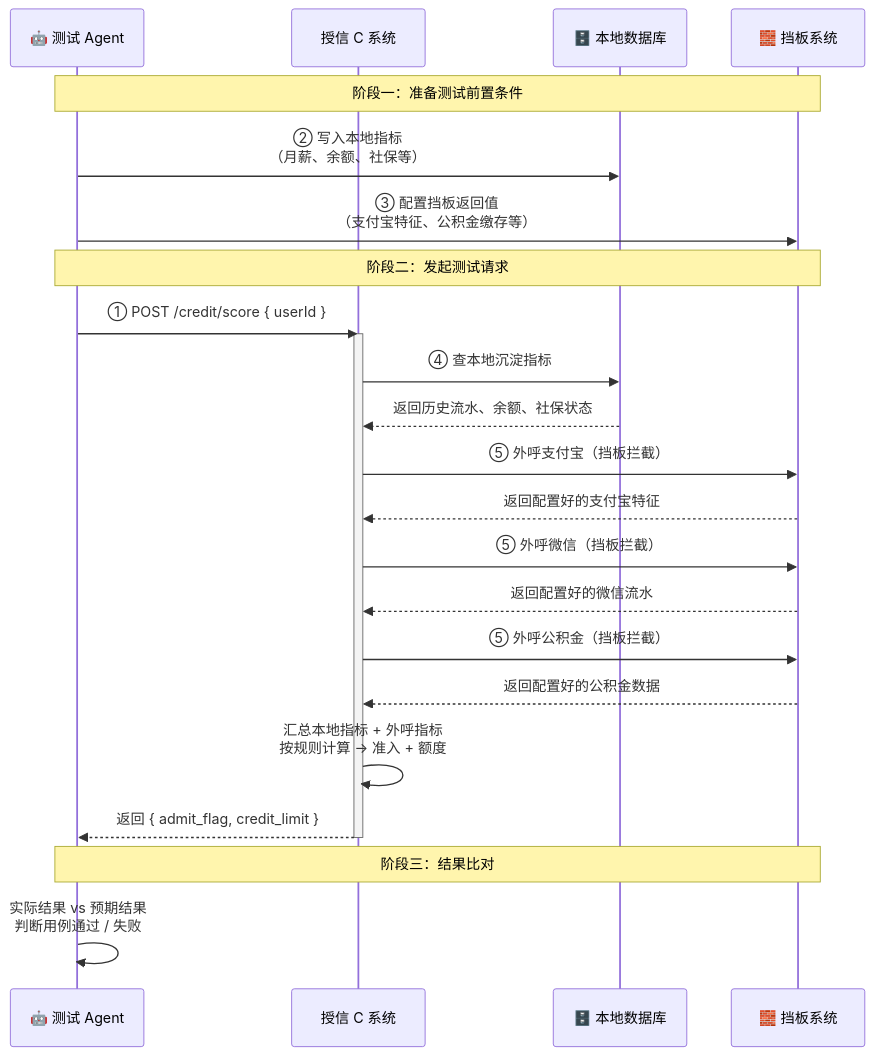
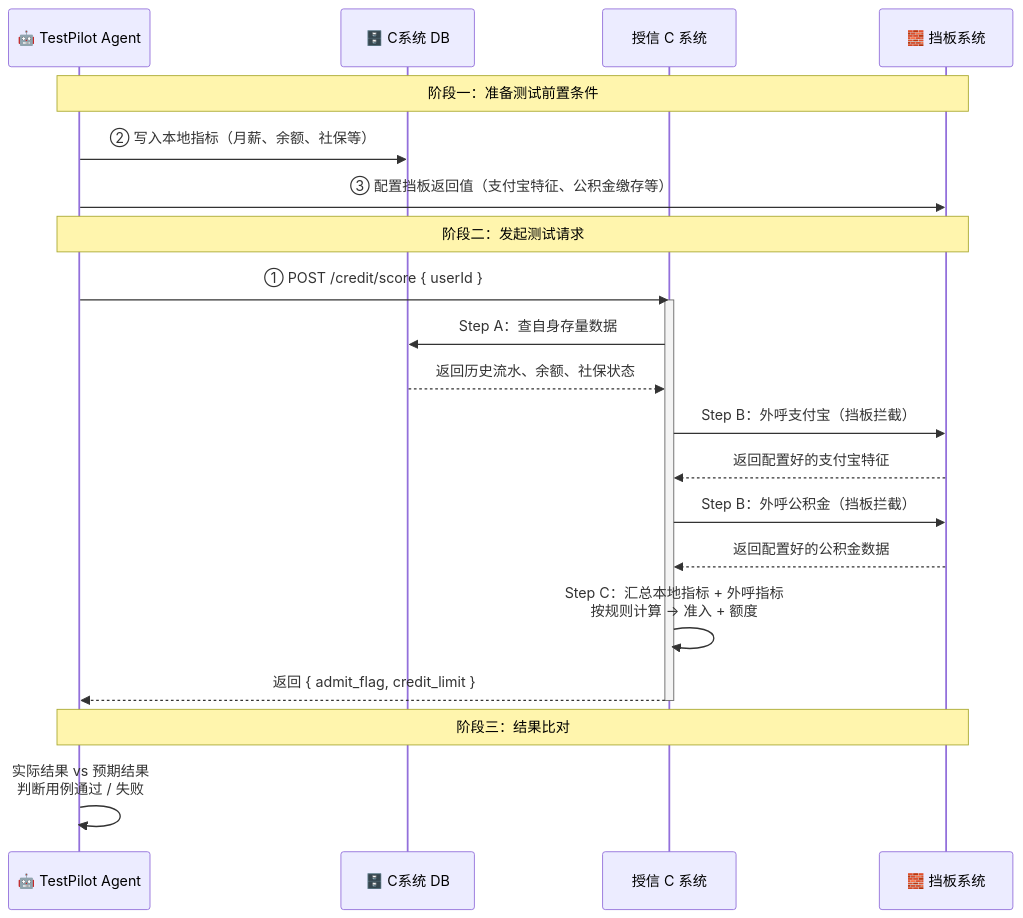
The second of 4 diagrams in docs/08-测试架构组网图.md (lee780/testagent-demo), drawn with Mermaid before and after one commit. The commit also changed other lines of this file and 1 other file, not shown here.

First line of the commit message:
fix: 架构图明确区分 TestPilot 与 C 系统

````diff
--- a/docs/08-测试架构组网图.md
+++ b/docs/08-测试架构组网图.md
@@ -71,38 +73,35 @@
 ```mermaid
 sequenceDiagram
-    participant A as 🤖 测试 Agent
+    participant A as 🤖 TestPilot Agent
+    participant CDB as 🗄️ C系统 DB
     participant C as 授信 C 系统
-    participant DB as 🗄️ 本地数据库
     participant S as 🧱 挡板系统
 
     Note over A,S: 阶段一：准备测试前置条件
 
-    A->>DB: ② 写入本地指标<br/>（月薪、余额、社保等）
-    A->>S: ③ 配置挡板返回值<br/>（支付宝特征、公积金缴存等）
+    A->>CDB: ② 写入本地指标（月薪、余额、社保等）
+    A->>S: ③ 配置挡板返回值（支付宝特征、公积金缴存等）
 
     Note over A,S: 阶段二：发起测试请求
 
     A->>C: ① POST /credit/score { userId }
     activate C
 
-    C->>DB: ④ 查本地沉淀指标
-    DB-->>C: 返回历史流水、余额、社保状态
+    C->>CDB: Step A：查自身存量数据
+    CDB-->>C: 返回历史流水、余额、社保状态
 
-    C->>S: ⑤ 外呼支付宝（挡板拦截）
+    C->>S: Step B：外呼支付宝（挡板拦截）
     S-->>C: 返回配置好的支付宝特征
 
-    C->>S: ⑤ 外呼微信（挡板拦截）
-    S-->>C: 返回配置好的微信流水
-
-    C->>S: ⑤ 外呼公积金（挡板拦截）
+    C->>S: Step B：外呼公积金（挡板拦截）
     S-->>C: 返回配置好的公积金数据
 
-    C->>C: 汇总本地指标 + 外呼指标<br/>按规则计算 → 准入 + 额度
+    C->>C: Step C：汇总本地指标 + 外呼指标<br/>按规则计算 → 准入 + 额度
 
     C-->>A: 返回 { admit_flag, credit_limit }
     deactivate C
 
     Note over A,S: 阶段三：结果比对
 
     A->>A: 实际结果 vs 预期结果<br/>判断用例通过 / 失败
 ```
````
